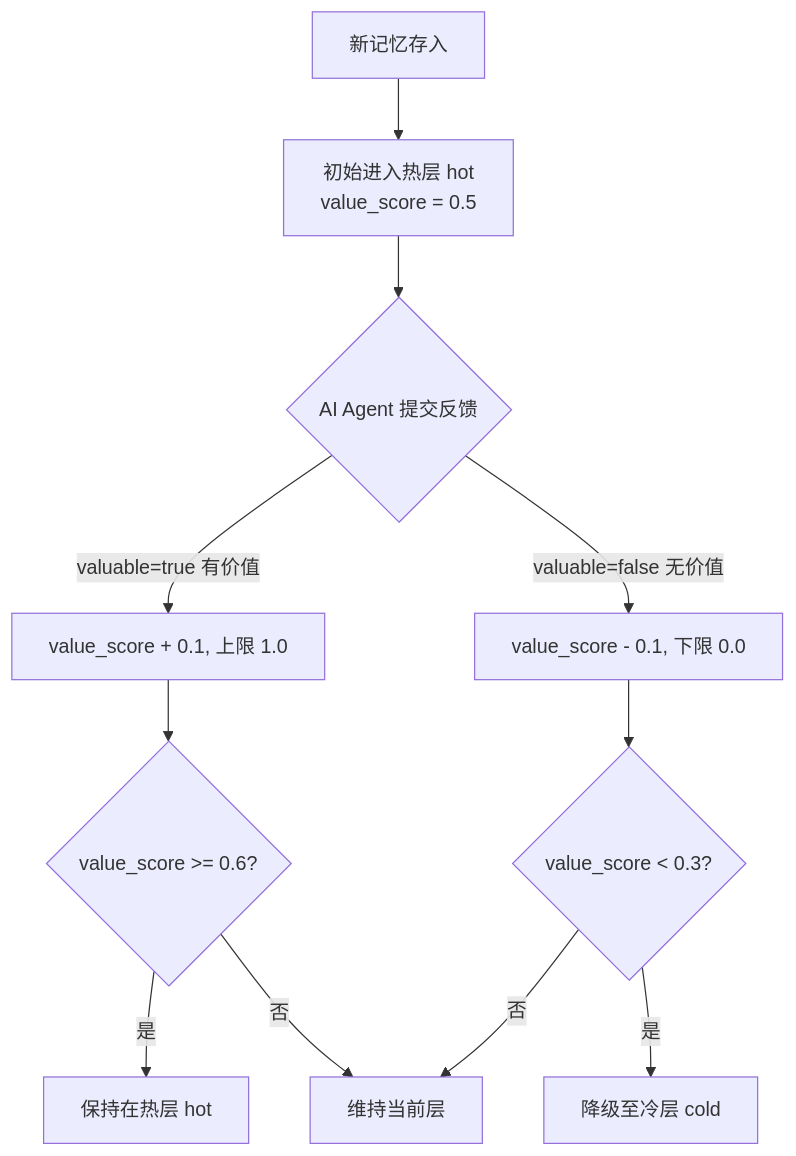
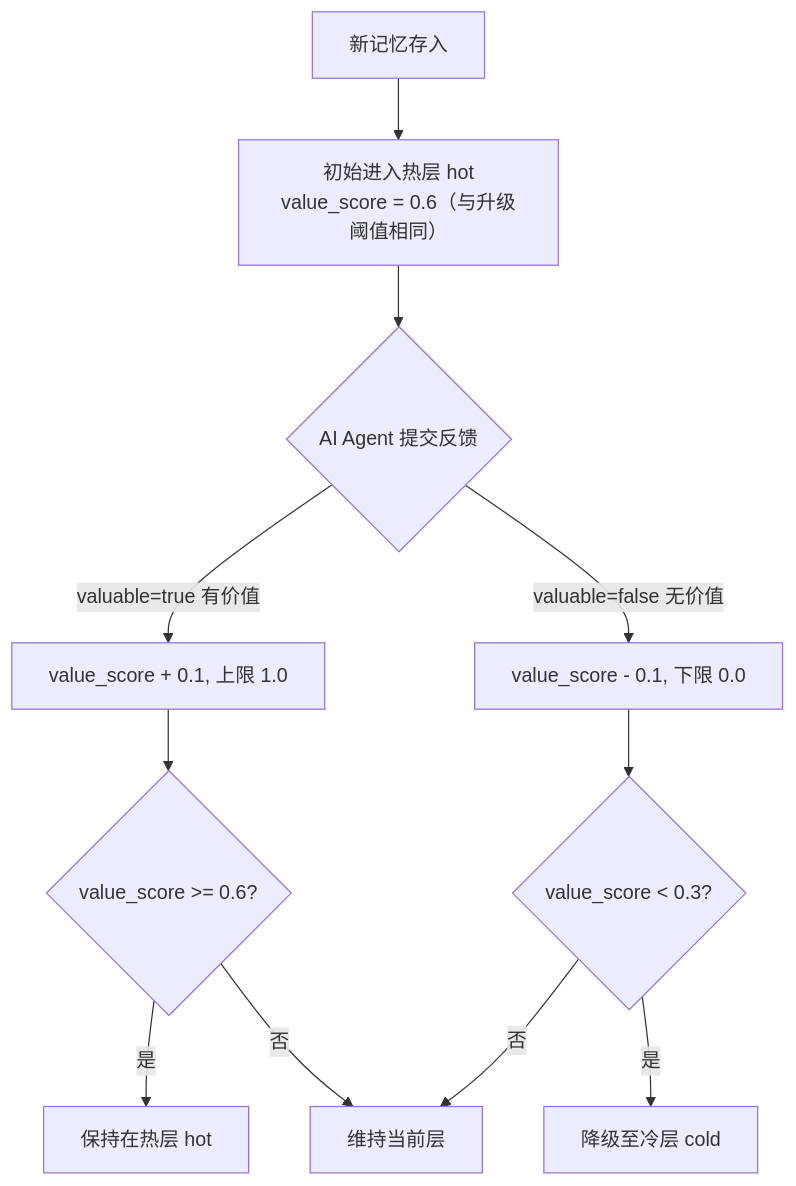
One commit to SevenLv/air_memory changed the third of 4 diagrams in doc/user_guide.md. Above: the diagram before and after it, drawn with Mermaid. The commit also changed other lines of this file and 5 other files, not shown here.

````diff
--- a/doc/user_guide.md
+++ b/doc/user_guide.md
@@ -132,13 +132,13 @@
 ```mermaid
 flowchart TD
-    A[新记忆存入] --> B[初始进入热层 hot\nvalue_score = 0.5]
+    A[新记忆存入] --> B[初始进入热层 hot\nvalue_score = 0.6（与升级阈值相同）]
     B --> C{AI Agent 提交反馈}
     C -->|valuable=true 有价值| D[value_score + 0.1, 上限 1.0]
     C -->|valuable=false 无价值| E[value_score - 0.1, 下限 0.0]
     D --> F{value_score >= 0.6?}
     E --> G{value_score < 0.3?}
     F -->|是| H[保持在热层 hot]
     F -->|否| I[维持当前层]
     G -->|是| J[降级至冷层 cold]
     G -->|否| I
 ```
````
